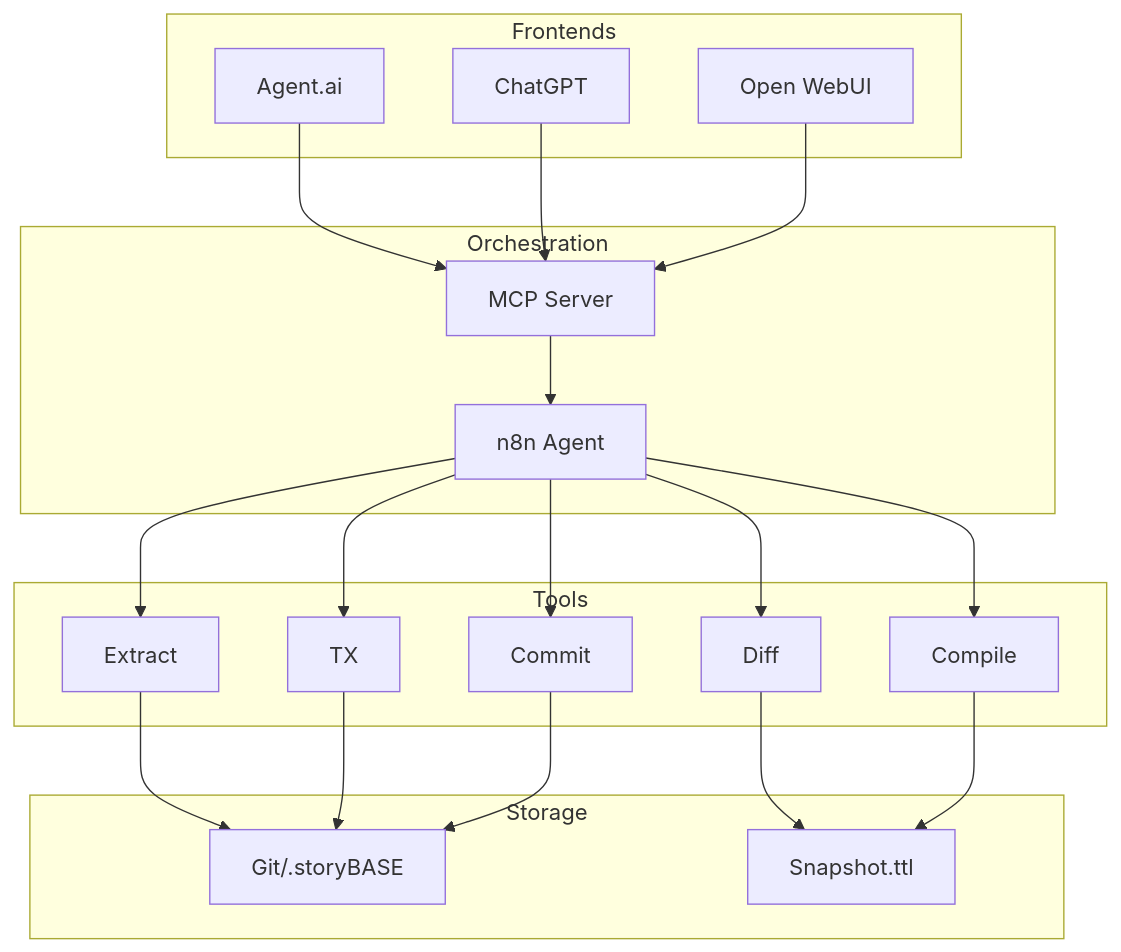
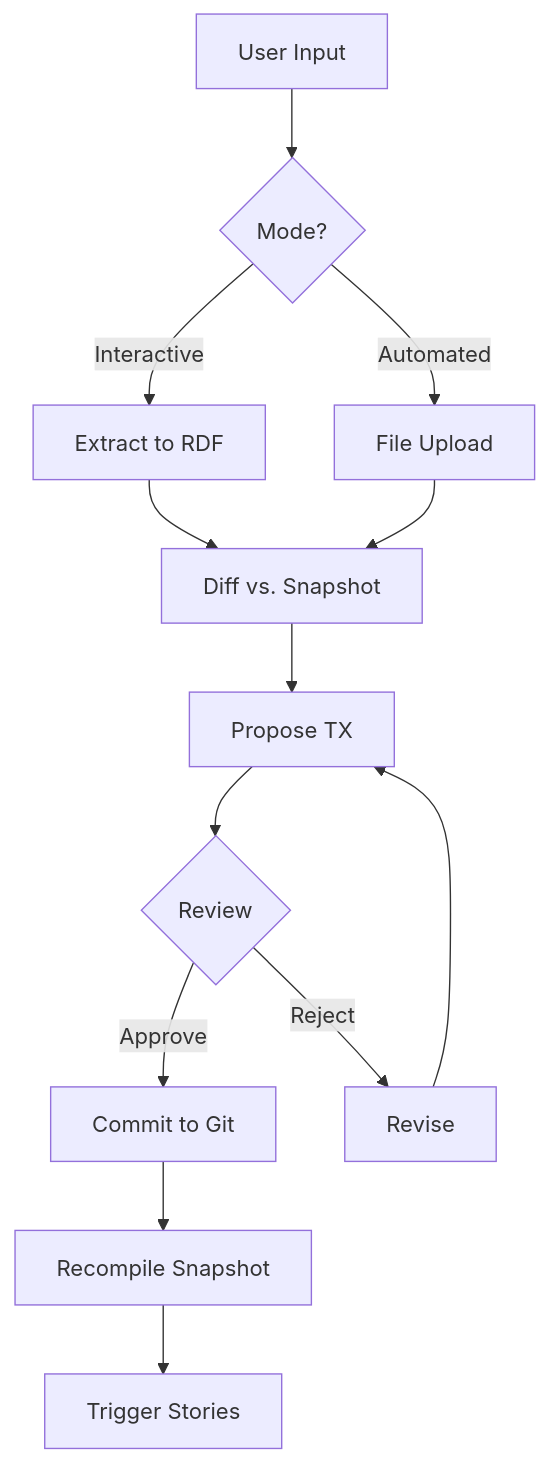
One commit to Synthetic-Identity-Co/conj-talk-2025 changed the fifth of 8 diagrams in presenter.md. Above: the diagram before and after it, drawn with Mermaid. The commit also changed other lines of this file, not shown here.

Commit message:
story:  b793a260b99de721794ccccd12d5cf66e0ccb543

````diff
--- a/presenter.md
+++ b/presenter.md
@@ -311,41 +273,15 @@
 ```mermaid
-graph TB
-    subgraph "Frontends"
-        A[Agent.ai]
-        B[ChatGPT]
-        C[Open WebUI]
-    end
-    
-    subgraph "Orchestration"
-        M[MCP Server]
-        N[n8n Agent]
-    end
-    
-    subgraph "Tools"
-        E[Extract]
-        D[Diff]
-        T[TX]
-        Co[Commit]
-        Cp[Compile]
-    end
-    
-    subgraph "Storage"
-        G[Git/.storyBASE]
-        S[Snapshot.ttl]
-    end
-    
-    A --> M
-    B --> M
-    C --> M
-    M --> N
-    N --> E
-    N --> D
-    N --> T
-    N --> Co
-    N --> Cp
-    E --> G
-    D --> S
-    T --> G
-    Co --> G
-    Cp --> S
+flowchart TD
+    A[User Input] --> B{Mode?}
+    B -->|Interactive| C[Extract to RDF]
+    B -->|Automated| D[File Upload]
+    C --> E[Diff vs. Snapshot]
+    D --> E
+    E --> F[Propose TX]
+    F --> G{Review}
+    G -->|Approve| H[Commit to Git]
+    G -->|Reject| I[Revise]
+    I --> F
+    H --> J[Recompile Snapshot]
+    J --> K[Trigger Stories]
 ```
````
